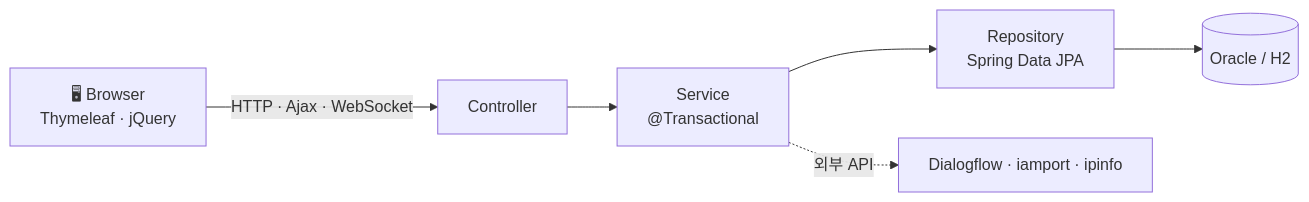
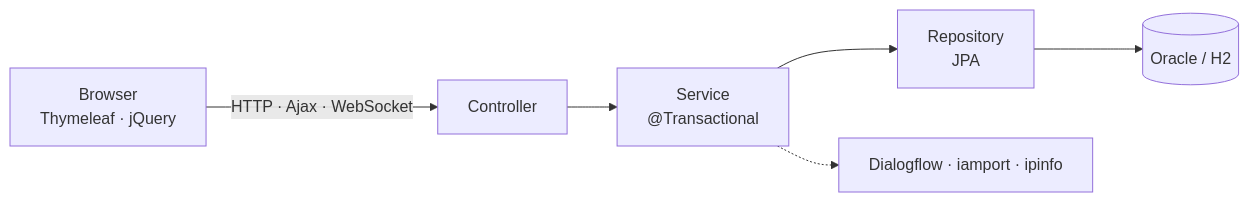
One commit to SanghyeokLee-KR/DevHub changed the diagram in README.md. Above: the diagram before and after it, drawn with Mermaid. The commit also changed other lines of this file, not shown here.

````diff
--- a/README.md
+++ b/README.md
@@ -94,8 +54,8 @@
 ```mermaid
 flowchart LR
-    A["🖥 Browser<br/>Thymeleaf · jQuery"] -->|HTTP · Ajax · WebSocket| B["Controller"]
+    A["Browser<br/>Thymeleaf · jQuery"] -->|HTTP · Ajax · WebSocket| B[Controller]
     B --> C["Service<br/>@Transactional"]
-    C --> D["Repository<br/>Spring Data JPA"]
+    C --> D["Repository<br/>JPA"]
     D --> E[("Oracle / H2")]
-    C -.외부 API.-> F["Dialogflow · iamport · ipinfo"]
+    C -.-> F["Dialogflow · iamport · ipinfo"]
 ```
````
